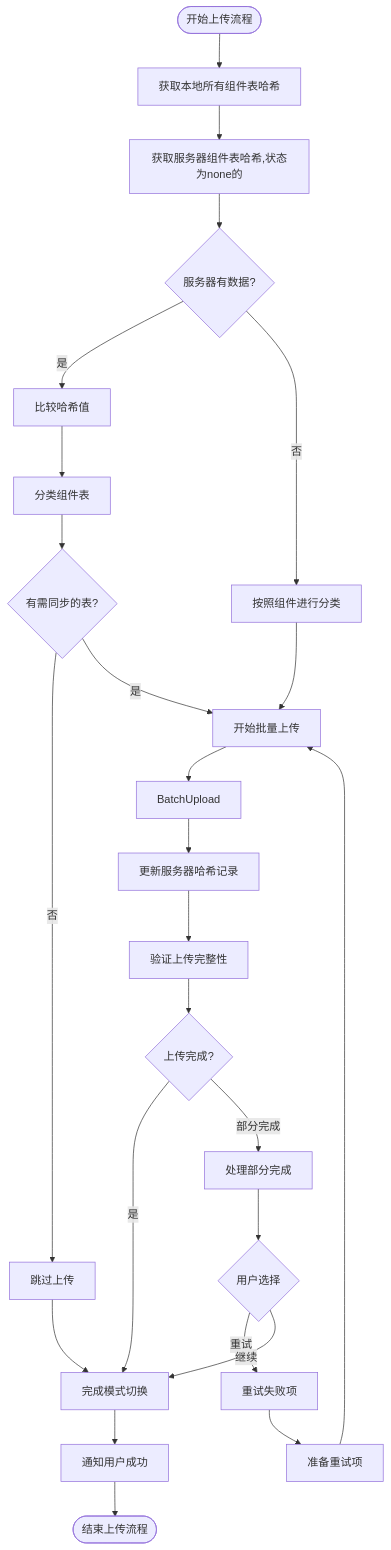
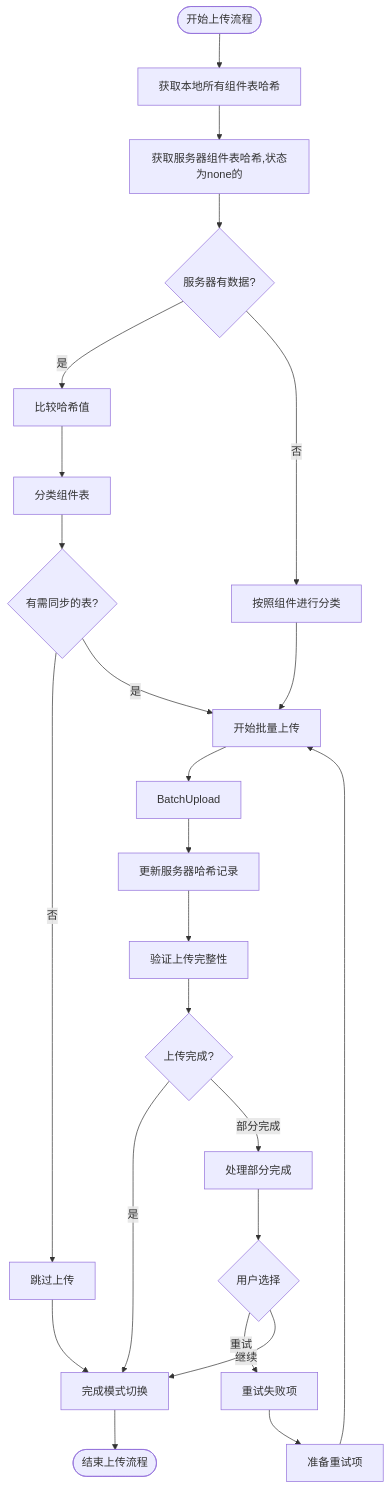
Before and after one commit to yingjianzh/iodraw-files: the diagram in all/未命名-50.md, drawn with Mermaid.

Commit message:
2025-05-08 17:14:01 update

````diff
--- a/all/未命名-50.md
+++ b/all/未命名-50.md
@@ -1,40 +1,39 @@
 ```mermaid
 flowchart TD
     Start([开始上传流程]) --> CollectLocalHashes[获取本地所有组件表哈希]
     CollectLocalHashes --> FetchServerHashes[获取服务器组件表哈希,状态为none的]
     
     FetchServerHashes --> ServerHasData{服务器有数据?}
     
     ServerHasData -->|是| CompareHashes[比较哈希值]
     ServerHasData -->|否| ClassifyTables2[按照组件进行分类]
     ClassifyTables2 --> StartBatching[开始批量上传]
     
     CompareHashes --> ClassifyTables[分类组件表]
     ClassifyTables --> HasChanges{有需同步的表?}
     
     HasChanges -->|否| SkipUpload[跳过上传]
     HasChanges -->|是| StartBatching
     
     
     
     StartBatching --> BatchUpload
     
     BatchUpload --> UpdateServerHashes[更新服务器哈希记录]
     UpdateServerHashes --> VerifyUpload[验证上传完整性]
     
     VerifyUpload --> UploadComplete{上传完成?}
     UploadComplete -->|是| FinalizeMode[完成模式切换]
     UploadComplete -->|部分完成| HandlePartial[处理部分完成]
     
     HandlePartial --> UserChoice{用户选择}
     UserChoice -->|重试| RetryFailed[重试失败项]
     UserChoice -->|继续| FinalizeMode
     
     RetryFailed --> PrepareRetry[准备重试项]
     PrepareRetry --> StartBatching
     
-    FinalizeMode --> NotifySuccess[通知用户成功]
-    NotifySuccess --> End([结束上传流程])
+    FinalizeMode --> End([结束上传流程])
     
     SkipUpload --> FinalizeMode
 ```
````
